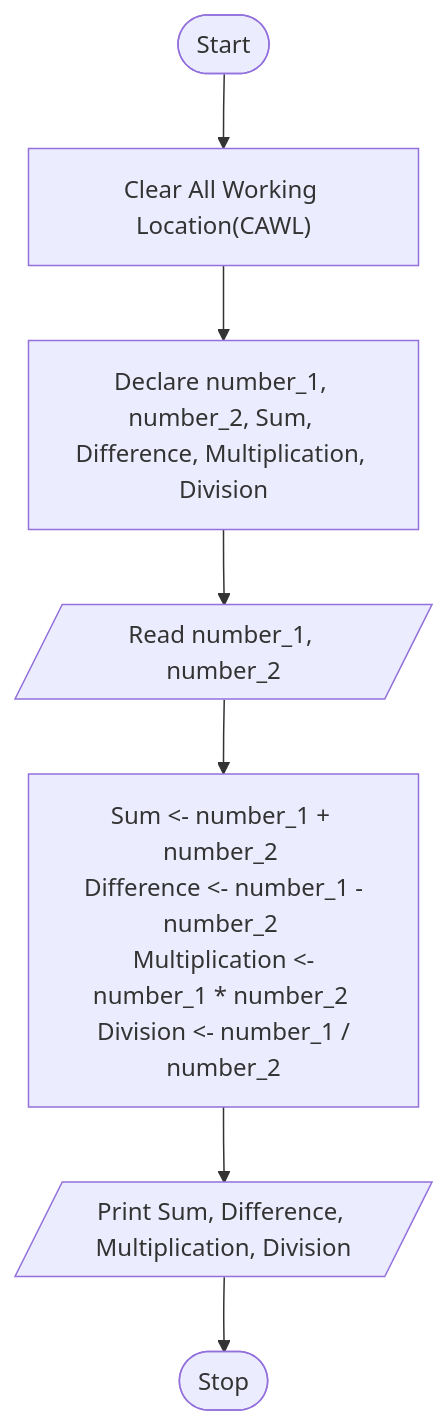
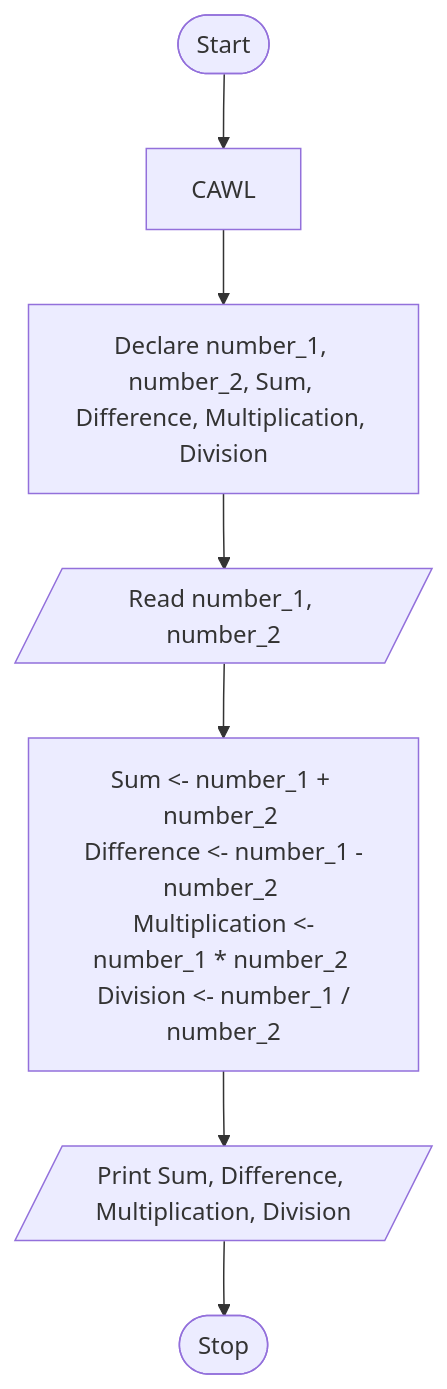
One commit to Adam-Al-Rahman/Digital_Garden changed the diagram in plants/notes/PPL_Lab/Experiments/Experiment-2.md. Above: the diagram before and after it, drawn with Mermaid. The commit also changed other lines of this file and 2 other files, not shown here.

````diff
--- a/plants/notes/PPL_Lab/Experiments/Experiment-2.md
+++ b/plants/notes/PPL_Lab/Experiments/Experiment-2.md
@@ -62,9 +64,9 @@
 ```mermaid
 graph TB
-start(["Start"])-->cawl["Clear All Working Location(CAWL)"]
+start(["Start"])-->cawl["CAWL"]
 cawl-->dec["Declare number_1, number_2, Sum, Difference, Multiplication, Division"]
 dec-->in1[/"Read number_1, number_2"/]
 in1-->proc["Sum <- number_1 + number_2 <br /> Difference <- number_1 - number_2 <br/> Multiplication <- number_1 * number_2 <br /> Division <- number_1 / number_2"]
 proc-->out[/"Print Sum, Difference, Multiplication, Division"/]
 out-->stop(["Stop"])
 ```
````
